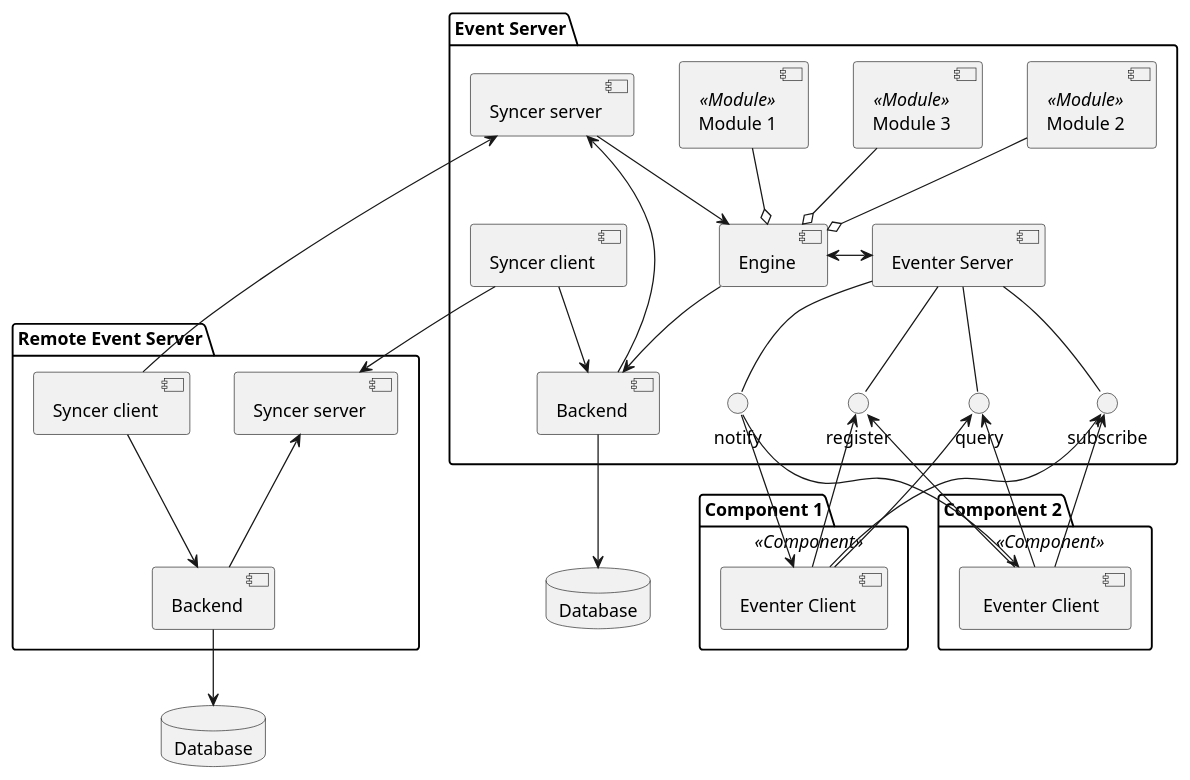
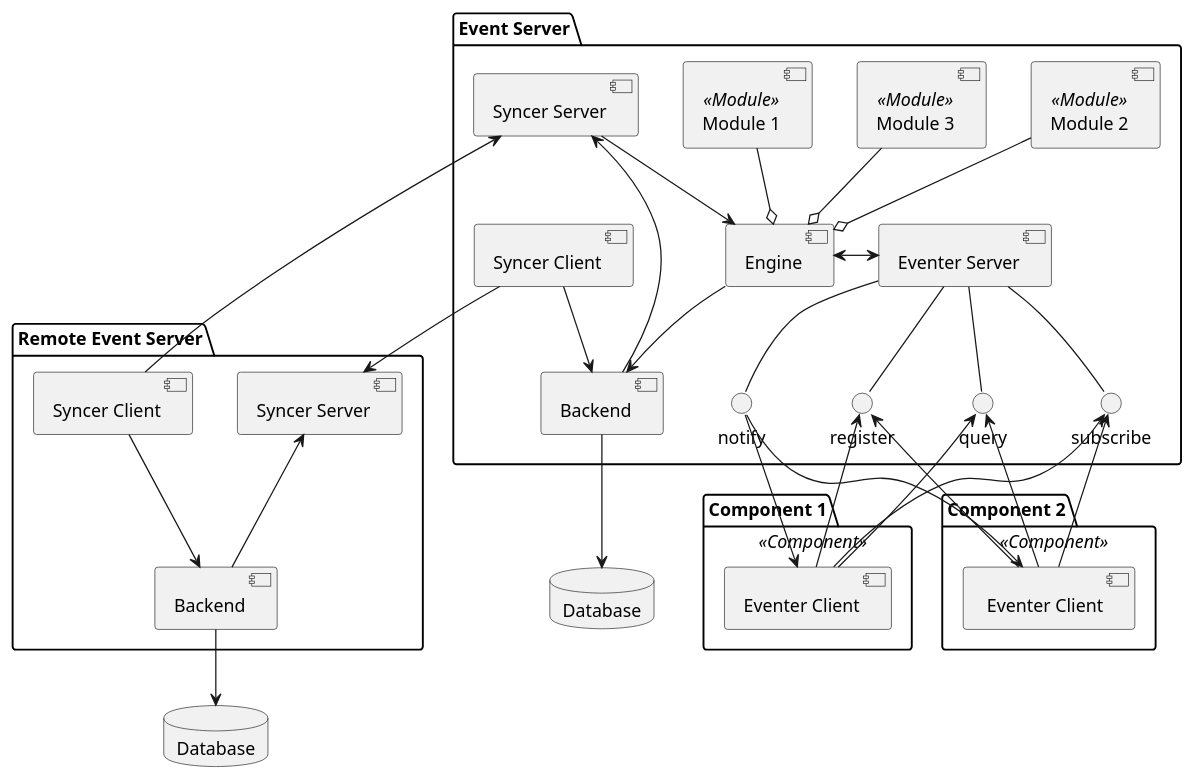
The diagram in docs/event.rst (hat-open/hat-event), drawn with PlantUML before and after one commit. The commit also changed other lines of this file, not shown here.

```diff
--- a/docs/event.rst
+++ b/docs/event.rst
@@ -349,69 +349,69 @@
 .. uml::
 
     folder "Component 1" <<Component>> {
         component "Eventer Client" as EventerClient1
     }
 
     folder "Component 2" <<Component>> {
         component " Eventer Client" as EventerClient2
     }
 
     folder "Event Server" {
         component "Eventer Server" as EventerServer
         component "Engine" as Engine
         component "Module 1" <<Module>> as Module1
         component "Module 2" <<Module>> as Module2
         component "Module 3" <<Module>> as Module3
         component "Backend" as Backend
-        component "Syncer server" as SyncerServer
-        component "Syncer client" as SyncerClient
+        component "Syncer Server" as SyncerServer
+        component "Syncer Client" as SyncerClient
 
         interface subscribe
         interface notify
         interface register
         interface query
     }
 
     folder "Remote Event Server" {
-        component "Syncer server" as RemoteSyncerServer
-        component "Syncer client" as RemoteSyncerClient
+        component "Syncer Server" as RemoteSyncerServer
+        component "Syncer Client" as RemoteSyncerClient
         component "Backend" as RemoteBackend
     }
 
     database "Database" as Database
     database "Database" as RemoteDatabase
 
     EventerServer -- subscribe
     EventerServer -- notify
     EventerServer -- register
     EventerServer -- query
 
     subscribe <-- EventerClient1
     notify --> EventerClient1
     register <-- EventerClient1
     query <-- EventerClient1
 
     subscribe <-- EventerClient2
     notify --> EventerClient2
     register <-- EventerClient2
     query <-- EventerClient2
 
     Engine <-> EventerServer
     Engine --> Backend
 
     Module1 --o Engine
     Module2 --o Engine
     Module3 --o Engine
 
     Backend --> Database
 
     SyncerServer <-- Backend
     SyncerClient --> Backend
     SyncerServer --> Engine
 
     RemoteSyncerServer <-- RemoteBackend
     RemoteSyncerClient --> RemoteBackend
     RemoteBackend --> RemoteDatabase
 
     RemoteSyncerClient --> SyncerServer
     SyncerClient --> RemoteSyncerServer
```
